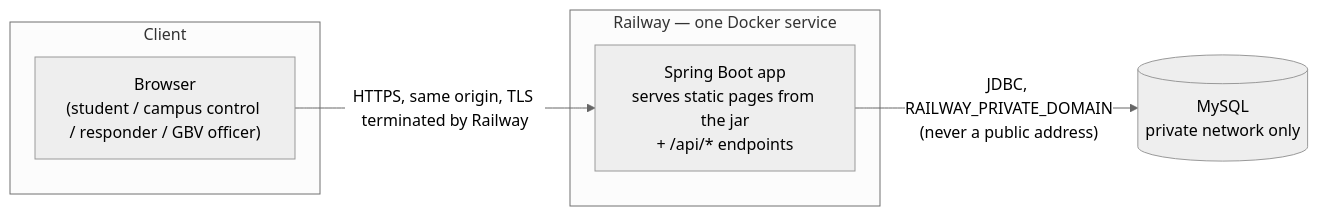
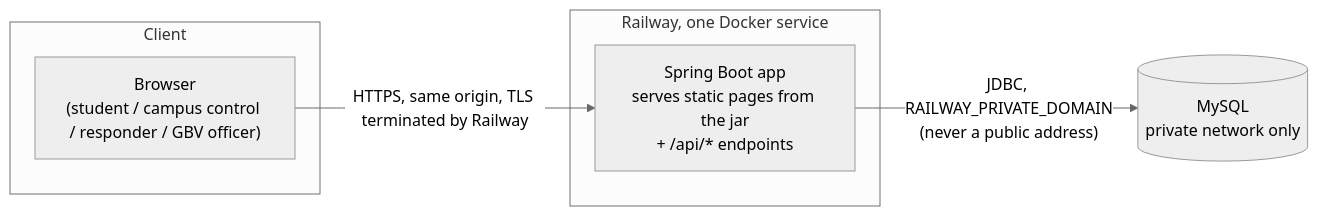
Before and after one commit to Mjubane5/ufh-safety-platform: the first of 4 diagrams in docs/PROJECT-STATUS-REPORT.md, drawn with Mermaid (neutral theme). The commit also changed other lines of this file, not shown here.

````diff
--- a/docs/PROJECT-STATUS-REPORT.md
+++ b/docs/PROJECT-STATUS-REPORT.md
@@ -80,13 +86,13 @@
 ```mermaid
 flowchart LR
     subgraph Client
         Browser["Browser\n(student / campus control / responder / GBV officer)"]
     end
-    subgraph Railway["Railway — one Docker service"]
+    subgraph Railway["Railway, one Docker service"]
         App["Spring Boot app\nserves static pages from the jar\n+ /api/* endpoints"]
     end
     DB[("MySQL\nprivate network only")]
 
     Browser -- "HTTPS, same origin, TLS terminated by Railway" --> App
     App -- "JDBC, RAILWAY_PRIVATE_DOMAIN\n(never a public address)" --> DB
 ```
````
